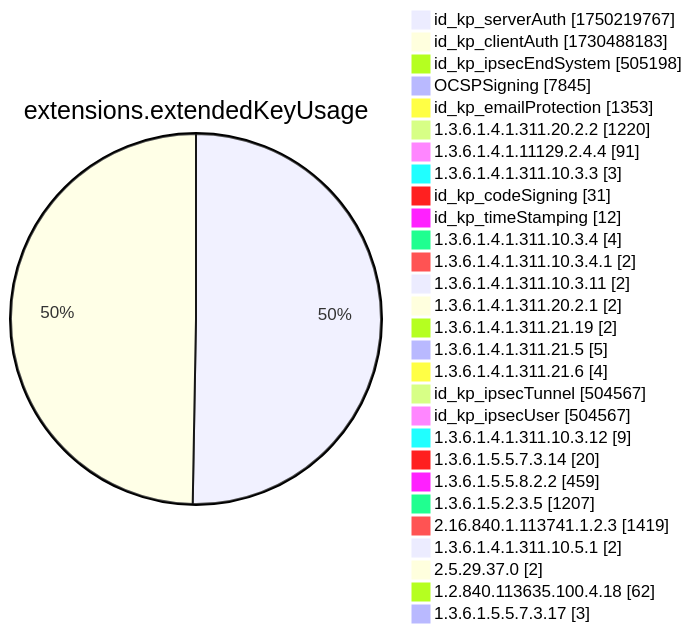
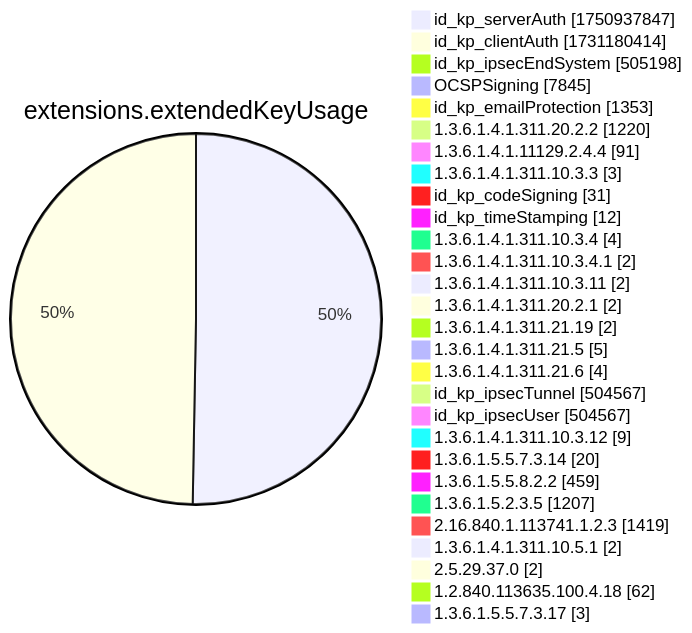
One commit to christiankrug/ctmonitor_visualization changed diagram 12 of 15 in xenon2022/README.md. Above: the diagram before and after it, drawn with Mermaid. The commit also changed other lines of this file, not shown here.

````diff
--- a/xenon2022/README.md
+++ b/xenon2022/README.md
@@ -3892,32 +3892,32 @@
 ```mermaid
 pie showData
 title extensions.extendedKeyUsage
-"id_kp_serverAuth" :1750219767
-"id_kp_clientAuth" :1730488183
+"id_kp_serverAuth" :1750937847
+"id_kp_clientAuth" :1731180414
 "id_kp_ipsecEndSystem" :505198
 "OCSPSigning" :7845
 "id_kp_emailProtection" :1353
 "1.3.6.1.4.1.311.20.2.2" :1220
 "1.3.6.1.4.1.11129.2.4.4" :91
 "1.3.6.1.4.1.311.10.3.3" :3
 "id_kp_codeSigning" :31
 "id_kp_timeStamping" :12
 "1.3.6.1.4.1.311.10.3.4" :4
 "1.3.6.1.4.1.311.10.3.4.1" :2
 "1.3.6.1.4.1.311.10.3.11" :2
 "1.3.6.1.4.1.311.20.2.1" :2
 "1.3.6.1.4.1.311.21.19" :2
 "1.3.6.1.4.1.311.21.5" :5
 "1.3.6.1.4.1.311.21.6" :4
 "id_kp_ipsecTunnel" :504567
 "id_kp_ipsecUser" :504567
 "1.3.6.1.4.1.311.10.3.12" :9
 "1.3.6.1.5.5.7.3.14" :20
 "1.3.6.1.5.5.8.2.2" :459
 "1.3.6.1.5.2.3.5" :1207
 "2.16.840.1.113741.1.2.3" :1419
 "1.3.6.1.4.1.311.10.5.1" :2
 "2.5.29.37.0" :2
 "1.2.840.113635.100.4.18" :62
 "1.3.6.1.5.5.7.3.17" :3
 ```
````
